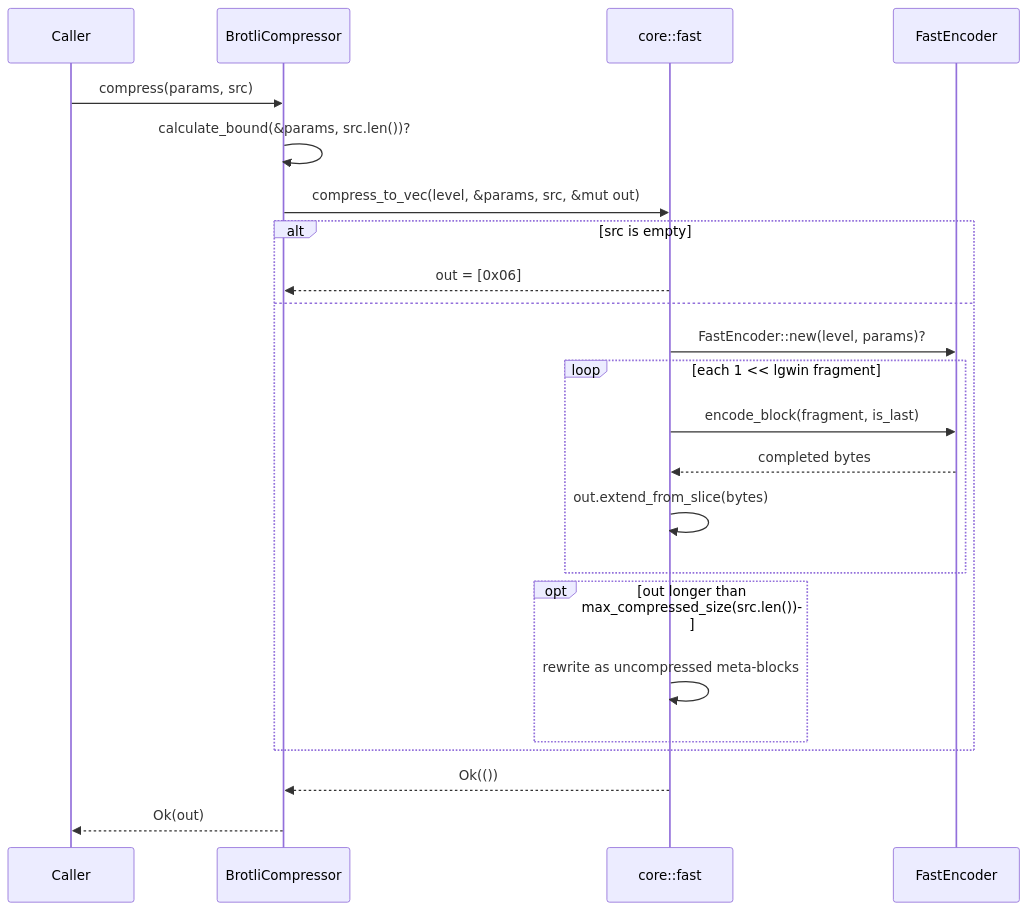
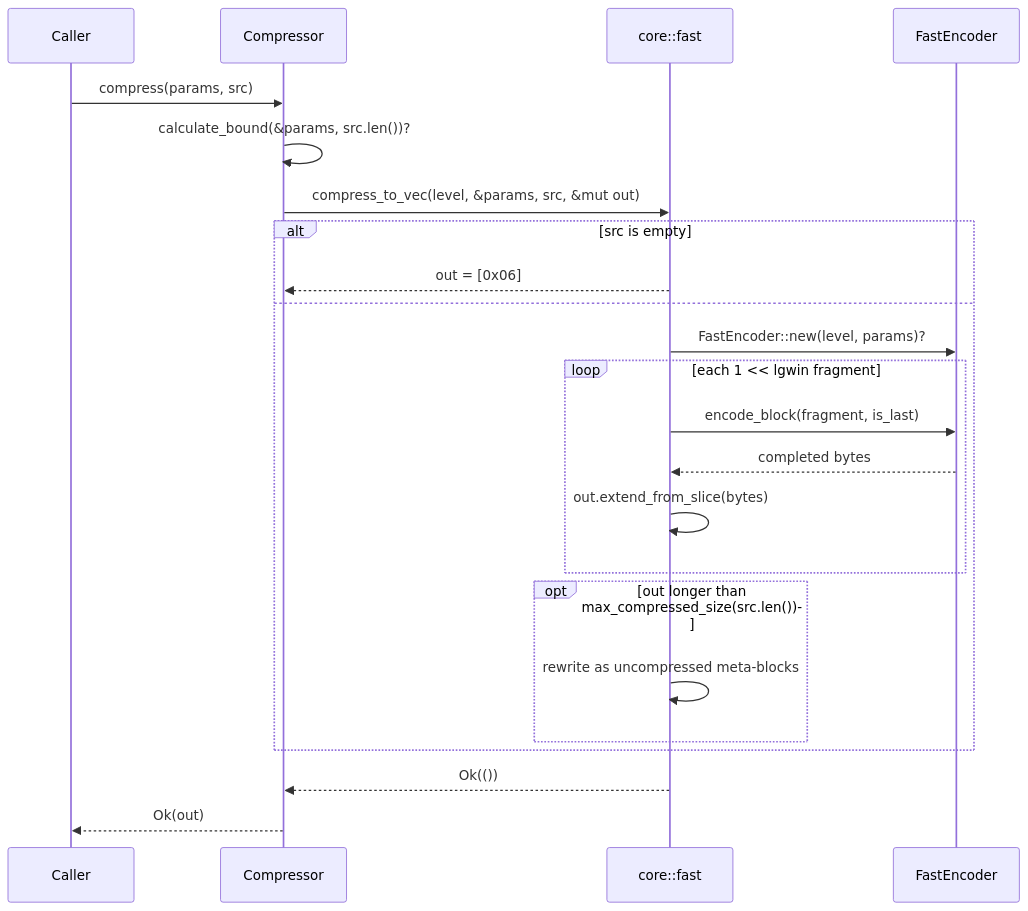
Before and after one commit to Mnwa/mbrotli: the third of 7 diagrams in architecture/compressor.md, drawn with Mermaid. The commit also changed other lines of this file and 20 other files, not shown here.

````diff
--- a/architecture/compressor.md
+++ b/architecture/compressor.md
@@ -128,26 +128,26 @@
 ```mermaid
 sequenceDiagram
     participant Caller
-    participant API as BrotliCompressor
+    participant API as Compressor
     participant Fast as core::fast
     participant Enc as FastEncoder
 
     Caller->>API: compress(params, src)
     API->>API: calculate_bound(&params, src.len())?
     API->>Fast: compress_to_vec(level, &params, src, &mut out)
     alt src is empty
         Fast-->>API: out = [0x06]
     else
         Fast->>Enc: FastEncoder::new(level, params)?
         loop each 1 << lgwin fragment
             Fast->>Enc: encode_block(fragment, is_last)
             Enc-->>Fast: completed bytes
             Fast->>Fast: out.extend_from_slice(bytes)
         end
         opt out longer than max_compressed_size(src.len())
             Fast->>Fast: rewrite as uncompressed meta-blocks
         end
     end
     Fast-->>API: Ok(())
     API-->>Caller: Ok(out)
 ```
````
